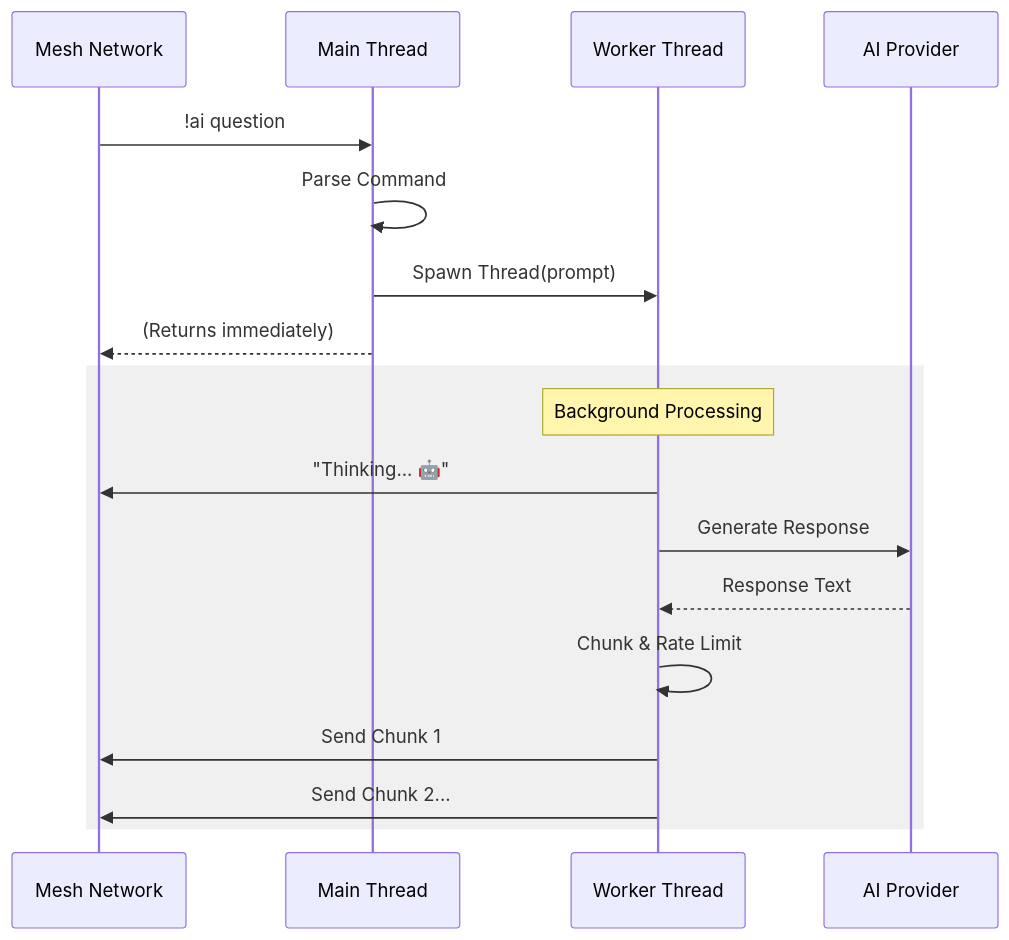
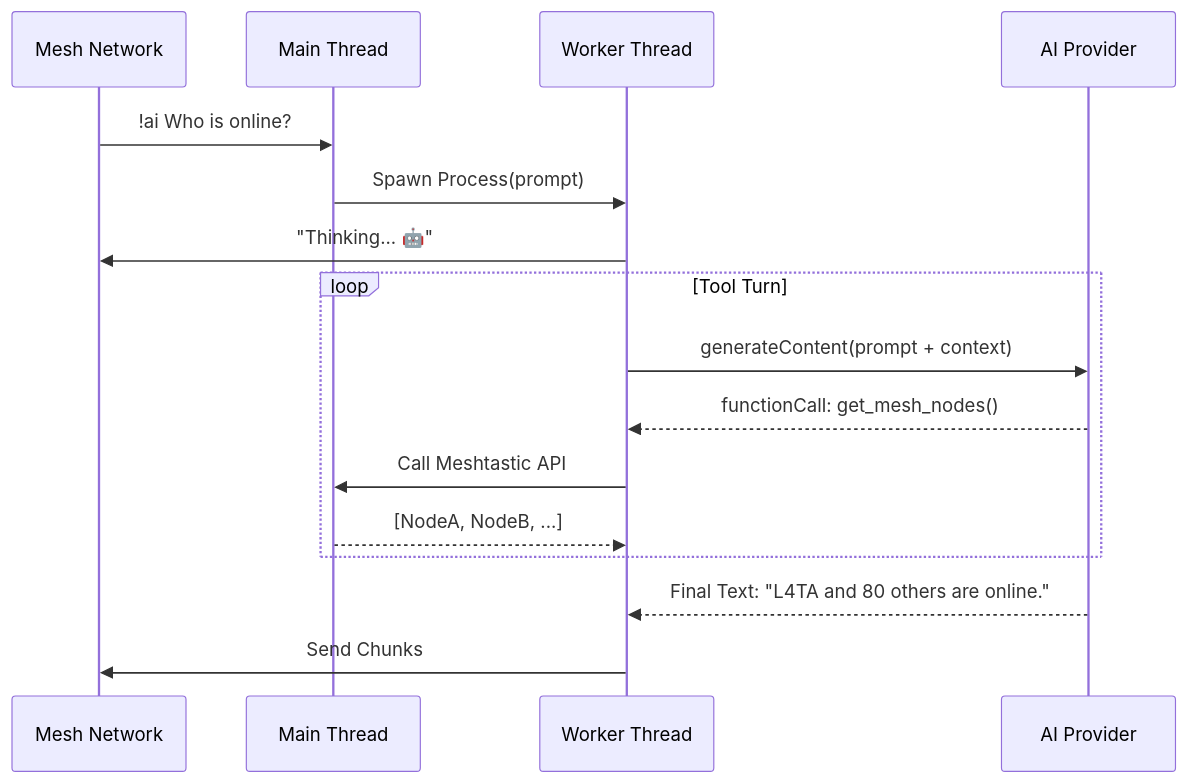
One commit to LN4CY/ai-responder changed the second of 2 diagrams in ARCHITECTURE.md. Above: the diagram before and after it, drawn with Mermaid. The commit also changed other lines of this file and 11 other files, not shown here.

````diff
--- a/ARCHITECTURE.md
+++ b/ARCHITECTURE.md
@@ -62,22 +69,21 @@
 ```mermaid
 sequenceDiagram
     participant Mesh as Mesh Network
     participant Main as Main Thread
     participant Worker as Worker Thread
     participant AI as AI Provider
 
-    Mesh->>Main: !ai question
-    Main->>Main: Parse Command
-    Main->>Worker: Spawn Thread(prompt)
-    Main-->>Mesh: (Returns immediately)
+    Mesh->>Main: !ai Who is online?
+    Main->>Worker: Spawn Process(prompt)
+    Worker->>Mesh: "Thinking... 🤖"
     
-    rect rgb(240, 240, 240)
-        Note over Worker: Background Processing
-        Worker->>Mesh: "Thinking... 🤖"
-        Worker->>AI: Generate Response
-        AI-->>Worker: Response Text
-        Worker->>Worker: Chunk & Rate Limit
-        Worker->>Mesh: Send Chunk 1
-        Worker->>Mesh: Send Chunk 2...
+    loop Tool Turn
+        Worker->>AI: generateContent(prompt + context)
+        AI-->>Worker: functionCall: get_mesh_nodes()
+        Worker->>Main: Call Meshtastic API
+        Main-->>Worker: [NodeA, NodeB, ...]
     end
+    
+    AI-->>Worker: Final Text: "L4TA and 80 others are online."
+    Worker->>Mesh: Send Chunks
 ```
````
